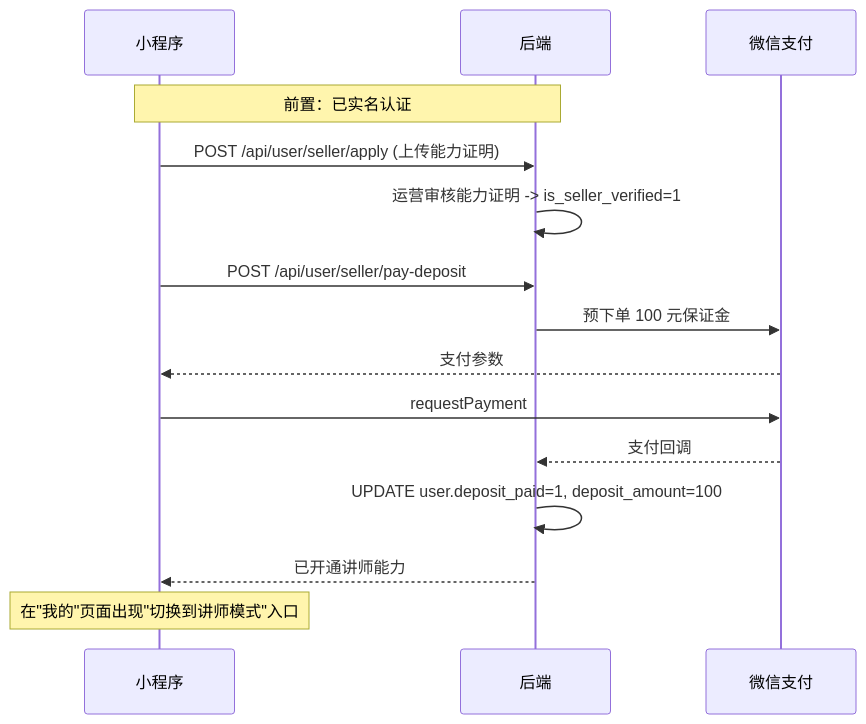
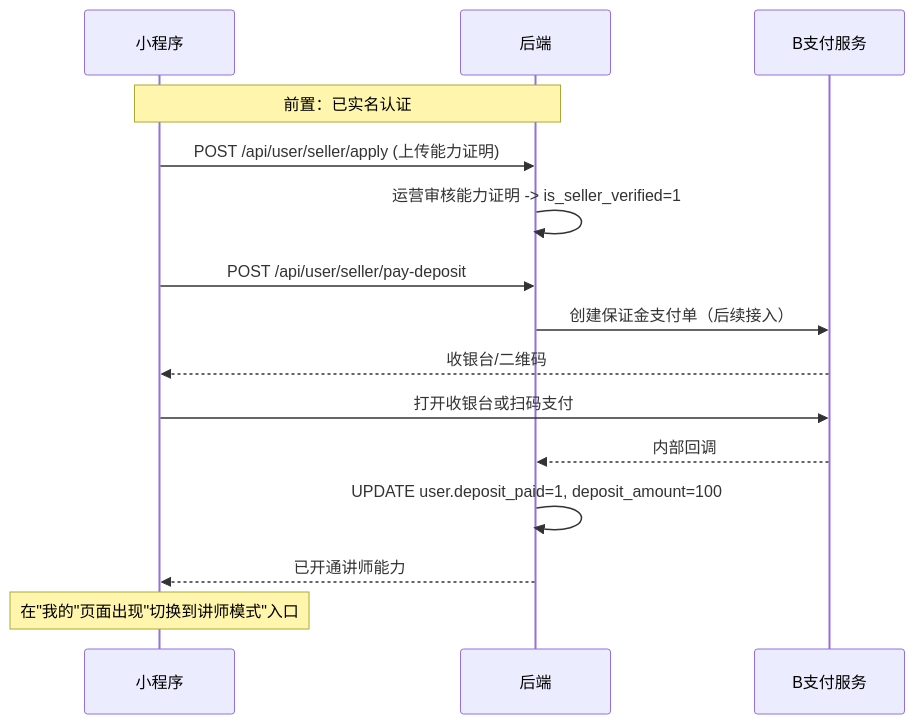
One commit to wan300/jijiang changed the fourth of 15 diagrams in docs/06-核心业务流程.md. Above: the diagram before and after it, drawn with Mermaid. The commit also changed other lines of this file and 91 other files, not shown here.

````diff
--- a/docs/06-核心业务流程.md
+++ b/docs/06-核心业务流程.md
@@ -194,18 +194,18 @@
 ```mermaid
 sequenceDiagram
     participant FE as 小程序
     participant BE as 后端
-    participant WXP as 微信支付
+    participant PS as B支付服务
 
     Note over FE,BE: 前置：已实名认证
     FE->>BE: POST /api/user/seller/apply (上传能力证明)
     BE->>BE: 运营审核能力证明 -> is_seller_verified=1
     FE->>BE: POST /api/user/seller/pay-deposit
-    BE->>WXP: 预下单 100 元保证金
-    WXP-->>FE: 支付参数
-    FE->>WXP: requestPayment
-    WXP-->>BE: 支付回调
+    BE->>PS: 创建保证金支付单（后续接入）
+    PS-->>FE: 收银台/二维码
+    FE->>PS: 打开收银台或扫码支付
+    PS-->>BE: 内部回调
     BE->>BE: UPDATE user.deposit_paid=1, deposit_amount=100
     BE-->>FE: 已开通讲师能力
     Note over FE: 在"我的"页面出现"切换到讲师模式"入口
 ```
````
